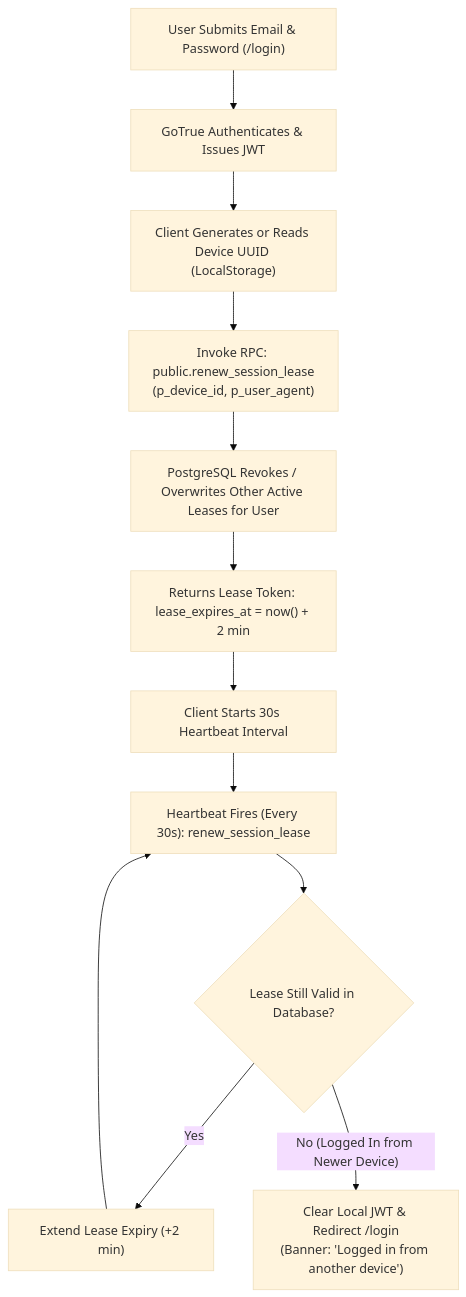
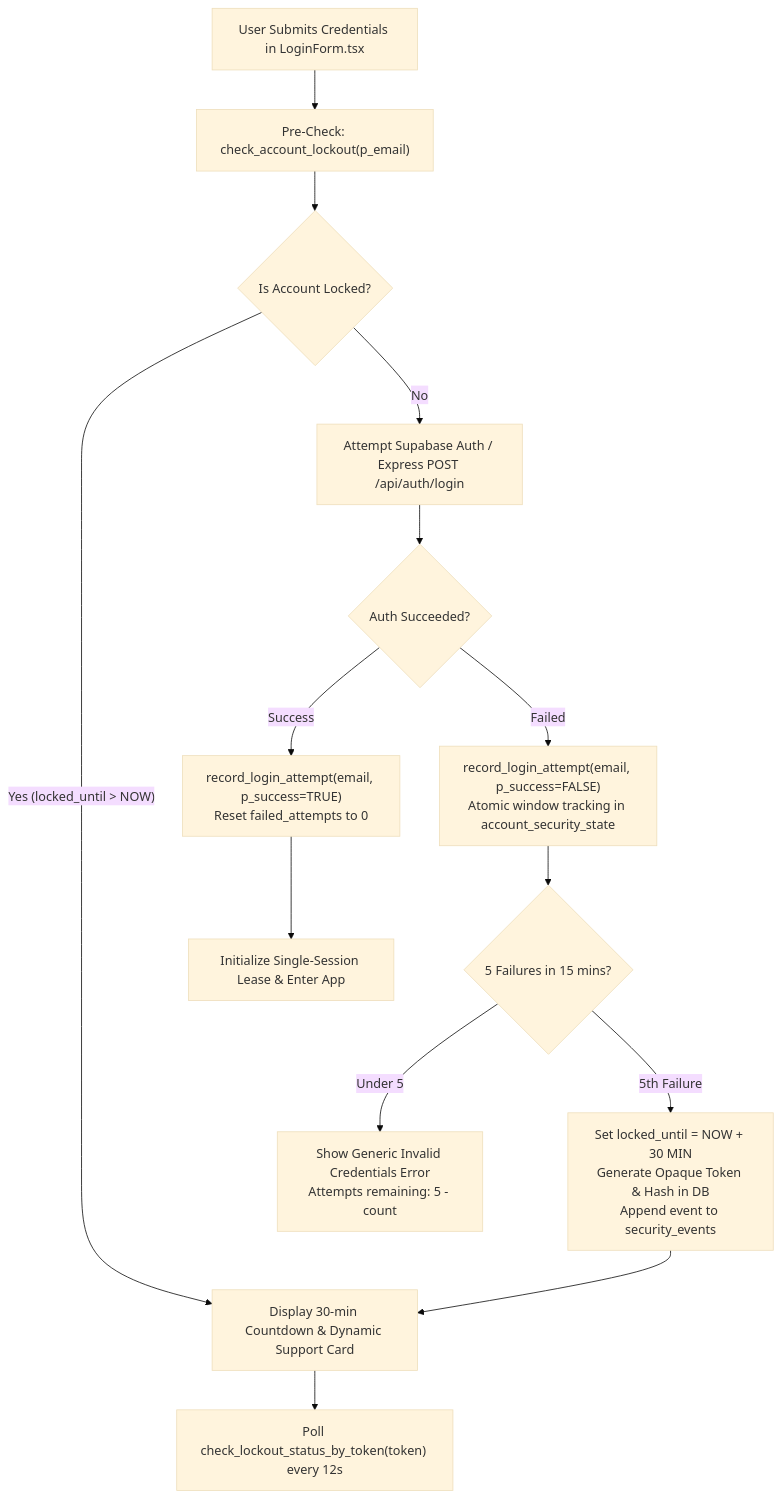
Before and after one commit to OwnerTest-byte/kuventory: the first of 2 diagrams in docs/07_AUTH_SECURITY_AND_ROLES.md, drawn with Mermaid (base theme). The commit also changed other lines of this file and 38 other files, not shown here.

First line of the commit message:
feat(security-and-remediation): implement total system audit blueprint and failure-first v2 remediation

````diff
--- a/docs/07_AUTH_SECURITY_AND_ROLES.md
+++ b/docs/07_AUTH_SECURITY_AND_ROLES.md
@@ -20,18 +48,21 @@
 ```mermaid
 flowchart TD
-    UserLogin["User Submits Email & Password (/login)"] --> SupabaseAuth["GoTrue Authenticates & Issues JWT"]
-    SupabaseAuth --> GenerateUUID["Client Generates or Reads Device UUID (LocalStorage)"]
-    GenerateUUID --> AcquireLease["Invoke RPC: public.renew_session_lease<br/>(p_device_id, p_user_agent)"]
+    Submit["User Submits Credentials in LoginForm.tsx"] --> PreCheck["Pre-Check: check_account_lockout(p_email)"]
+    PreCheck --> IsLocked{"Is Account Locked?"}
     
-    AcquireLease --> RevokeOther["PostgreSQL Revokes / Overwrites Other Active Leases for User"]
-    RevokeOther --> ReturnLease["Returns Lease Token: lease_expires_at = now() + 2 min"]
+    IsLocked -- "Yes (locked_until > NOW)" --> ShowLockout["Display 30-min Countdown & Dynamic Support Card"]
+    ShowLockout --> PollToken["Poll check_lockout_status_by_token(token) every 12s"]
     
-    ReturnLease --> StartTimer["Client Starts 30s Heartbeat Interval"]
-    StartTimer --> HeartbeatTick["Heartbeat Fires (Every 30s): renew_session_lease"]
-
-    HeartbeatTick --> CheckLeaseValid{"Lease Still Valid in Database?"}
-    CheckLeaseValid -- "Yes" --> ContinueSession["Extend Lease Expiry (+2 min)"]
-    ContinueSession --> HeartbeatTick
-
-    CheckLeaseValid -- "No (Logged In from Newer Device)" --> ForceSignOut["Clear Local JWT & Redirect /login<br/>(Banner: 'Logged in from another device')"]
+    IsLocked -- "No" --> VerifyAuth["Attempt Supabase Auth / Express POST /api/auth/login"]
+    VerifyAuth --> AuthResult{"Auth Succeeded?"}
+    
+    AuthResult -- "Success" --> RecordSuccess["record_login_attempt(email, p_success=TRUE)<br/>Reset failed_attempts to 0"]
+    RecordSuccess --> SessionInit["Initialize Single-Session Lease & Enter App"]
+    
+    AuthResult -- "Failed" --> RecordFail["record_login_attempt(email, p_success=FALSE)<br/>Atomic window tracking in account_security_state"]
+    RecordFail --> CountCheck{"5 Failures in 15 mins?"}
+    
+    CountCheck -- "Under 5" --> ShowGeneric["Show Generic Invalid Credentials Error<br/>Attempts remaining: 5 - count"]
+    CountCheck -- "5th Failure" --> LockAccount["Set locked_until = NOW + 30 MIN<br/>Generate Opaque Token & Hash in DB<br/>Append event to security_events"]
+    LockAccount --> ShowLockout
 ```
````
